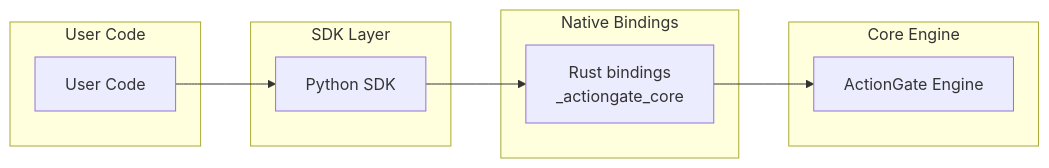
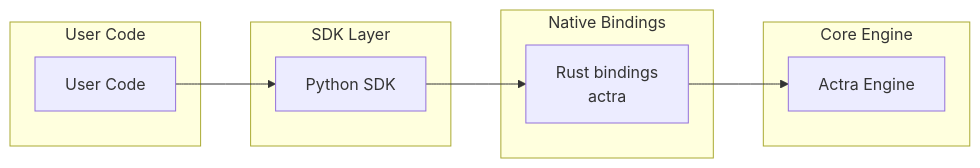
The diagram in sdk/python/README.md (getactra/actra), drawn with Mermaid before and after one commit. The commit also changed other lines of this file and 33 other files, not shown here.

````diff
--- a/sdk/python/README.md
+++ b/sdk/python/README.md
@@ -167,20 +167,20 @@
 ```mermaid
 flowchart LR
     subgraph User Code
         U[User Code]
     end
     
     subgraph SDK Layer
         S[Python SDK]
     end
 
     subgraph Native Bindings
-        N[Rust bindings<br/>_actiongate_core]
+        N[Rust bindings<br/>actra]
     end
 
     subgraph Core Engine
-        C[ActionGate Engine]
+        C[Actra Engine]
     end
 
     U --> S --> N --> C
 ```
````
